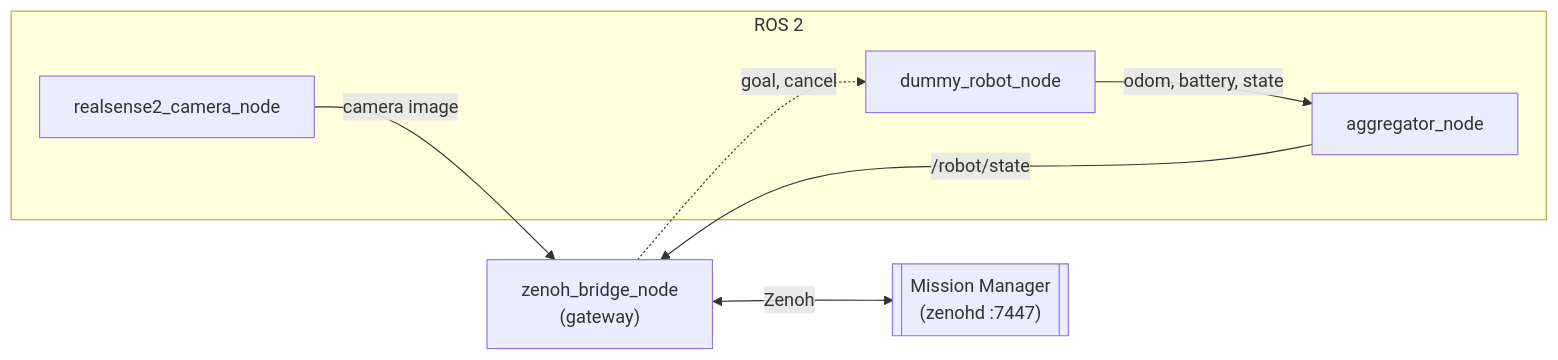
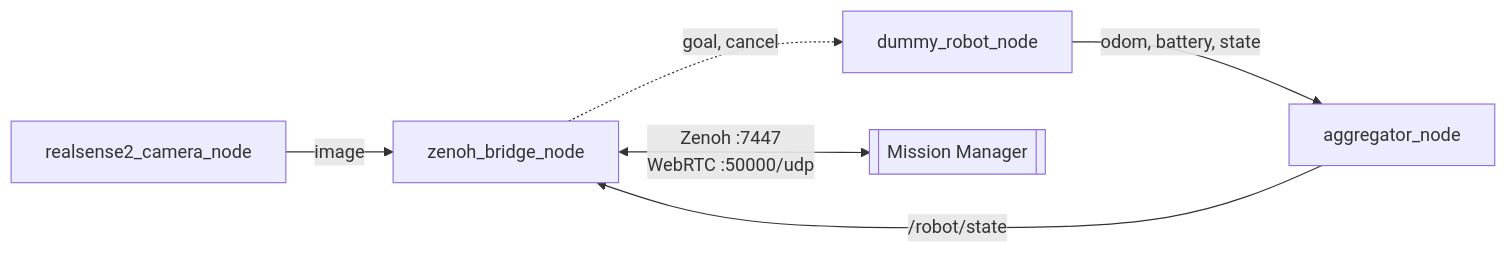
One commit to patrol-knight/husky changed the first of 2 diagrams in experiments/dummy_robot/README.md. Above: the diagram before and after it, drawn with Mermaid. The commit also changed other lines of this file and 12 other files, not shown here.

Commit message:
feat(dummy_robot): auto-detect WebRTC announced IP and publish fixed ICE port

````diff
--- a/experiments/dummy_robot/README.md
+++ b/experiments/dummy_robot/README.md
@@ -12,17 +7,8 @@
 ```mermaid
 flowchart LR
-    subgraph ROS["ROS 2"]
-        Cam["realsense2_camera_node"]
-        Dummy["dummy_robot_node"]
-        Agg["aggregator_node"]
-    end
-
-    Bridge["zenoh_bridge_node<br/>(gateway)"]
-    MM[["Mission Manager<br/>(zenohd :7447)"]]
-
-    Cam -- "camera image" --> Bridge
-    Dummy -- "odom, battery, state" --> Agg
-    Agg -- "/robot/state" --> Bridge
+    Cam["realsense2_camera_node"] -- image --> Bridge
+    Dummy["dummy_robot_node"] -- "odom, battery, state" --> Agg["aggregator_node"]
+    Agg -- "/robot/state" --> Bridge["zenoh_bridge_node"]
     Bridge -. "goal, cancel" .-> Dummy
-    Bridge <-- "Zenoh" --> MM
+    Bridge <-- "Zenoh :7447<br/>WebRTC :50000/udp" --> MM[["Mission Manager"]]
 ```
````
